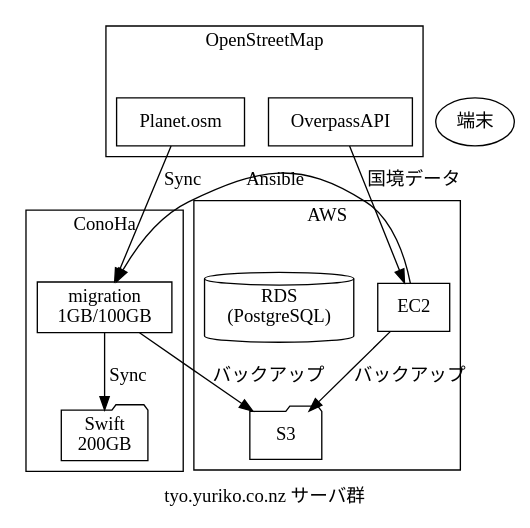
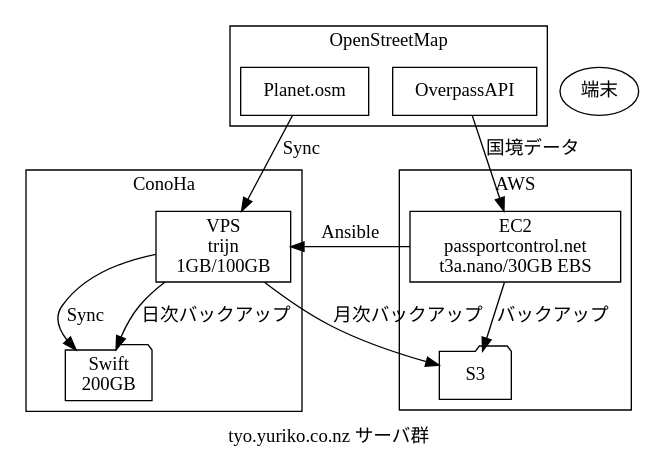
The diagram in server-migration/summary.dot (IchikawaYukko/AnsiblePlaybook_yuriko_co_nz), drawn with Graphviz before and after one commit. The commit also changed 1 other file, not shown here.

```diff
--- a/server-migration/summary.dot
+++ b/server-migration/summary.dot
@@ -1,26 +1,27 @@
 digraph G {
     label="tyo.yuriko.co.nz サーバ群"
     rankdir=TB
     subgraph cluster_conoha {
         label = "ConoHa"
-        migration [label="migration\n1GB/100GB" shape="box"]
+        migration [label="VPS\ntrijn\n1GB/100GB" shape="box"]
         Swift [ shape="folder", label="Swift\n200GB"]
     };
     subgraph cluster_aws {
         label = "AWS"
-        EC2 [shape="box"];
-        RDS [label="RDS\n(PostgreSQL)" shape="cylinder"];
+        EC2 [label="EC2\npassportcontrol.net\nt3a.nano/30GB EBS" shape="box"];
+#        RDS [label="RDS\n(PostgreSQL)" shape="cylinder"];
         S3 [shape="folder"]
     };
     subgraph cluster_osm {
         label = "OpenStreetMap"
         planet [shape="box", label="Planet.osm"]
         OverpassAPI [shape="box"]
     };
     OverpassAPI -> EC2 [label="国境データ"]
-    migration -> S3 [label="バックアップ"];
+    migration -> S3 [label="月次バックアップ"];
     EC2 -> S3 [label="バックアップ"];
     端末
     EC2 -> migration [label="Ansible"]
     planet -> migration -> Swift [label="Sync"]
+    migration -> Swift [label="日次バックアップ"]
 }
```
